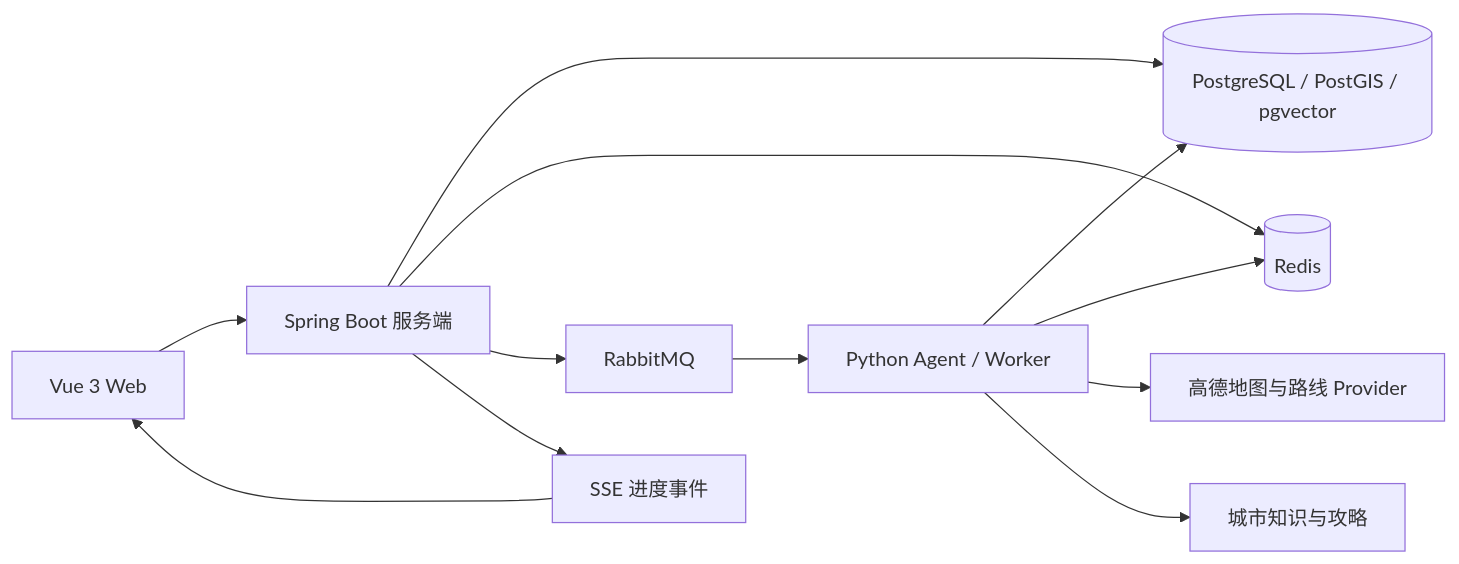
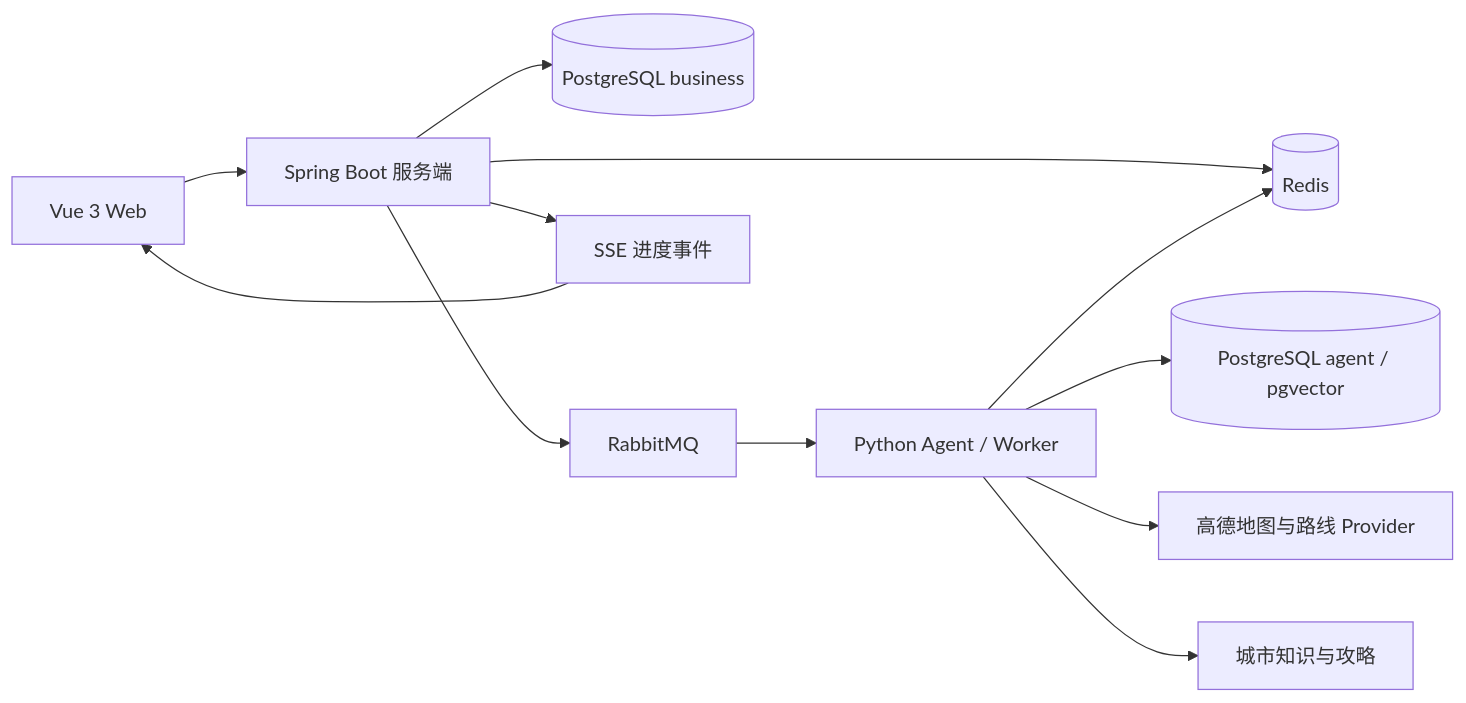
One commit to tobehardoo/trip-pilot-agent changed the diagram in README.md. Above: the diagram before and after it, drawn with Mermaid. The commit also changed other lines of this file and 47 other files, not shown here.

````diff
--- a/README.md
+++ b/README.md
@@ -20,14 +23,14 @@
 ```mermaid
 flowchart LR
     Browser["Vue 3 Web"] --> Server["Spring Boot 服务端"]
-    Server --> Database[("PostgreSQL / PostGIS / pgvector")]
+    Server --> BusinessDB[("PostgreSQL business")]
+    Agent --> AgentDB[("PostgreSQL agent / pgvector")]
     Server --> Cache[("Redis")]
     Server --> Queue["RabbitMQ"]
     Server --> Events["SSE 进度事件"]
     Queue --> Agent["Python Agent / Worker"]
-    Agent --> Database
     Agent --> Cache
     Agent --> Provider["高德地图与路线 Provider"]
     Agent --> Knowledge["城市知识与攻略"]
     Events --> Browser
 ```
````
